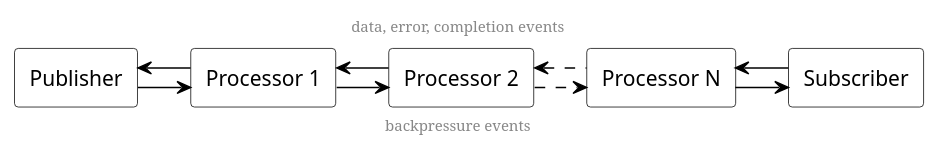
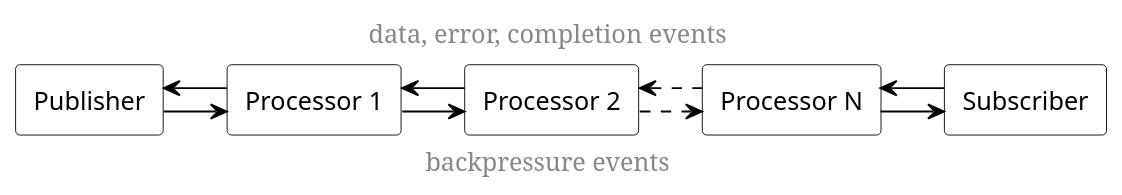
Before and after one commit to ti-cortex-m4/demo-java-reactive-streams-old: the diagram in images/stream_diagram.puml, drawn with PlantUML. The commit also changed 1 other file, not shown here.

```diff
--- a/images/stream_diagram.puml
+++ b/images/stream_diagram.puml
@@ -1,47 +1,51 @@
 @startuml
+
+scale 1.2
 
 skinparam linetype ortho
 skinparam RectangleBackgroundColor white
 skinparam RectangleBorderColor black
 skinparam RectangleFontName Source Sans Pro
 skinparam ArrowColor black
+skinparam HeaderFontSize 14
+skinparam FooterFontSize 14
 
 center header
 data, error, completion events
 end header
 
 center footer
 backpressure events
 end footer
 
 rectangle Publisher {
 }
 
 rectangle Processor1 [
   Processor 1
 ]
 
 rectangle Processor2 [
   Processor 2
 ]
 
 rectangle ProcessorN [
   Processor N
 ]
 
 rectangle Subscriber {
 }
 
 Publisher <- Processor1
 Publisher -right> Processor1
 
 Processor1 <- Processor2
 Processor1 -right> Processor2
 
 Processor2 <. ProcessorN
 Processor2 .right> ProcessorN
 
 ProcessorN <- Subscriber
 ProcessorN -right> Subscriber
 
 @enduml
```
